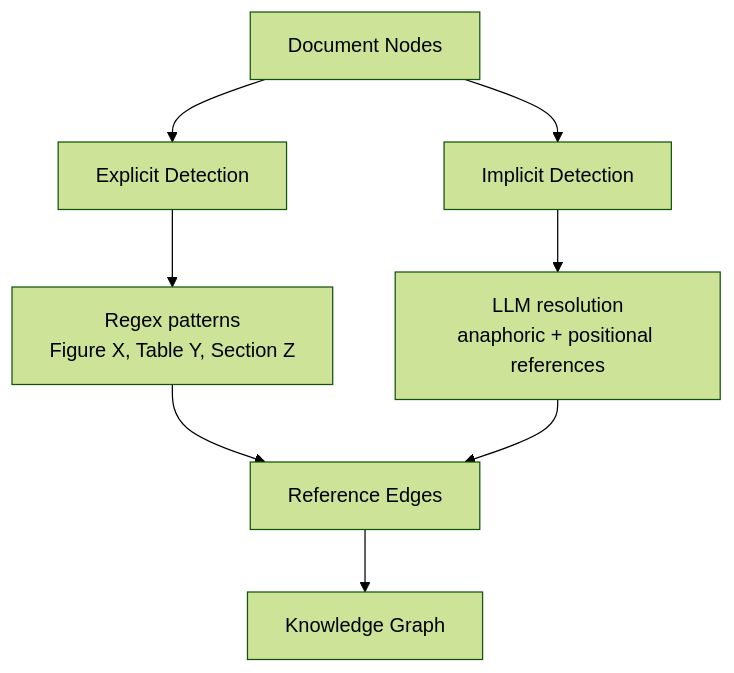
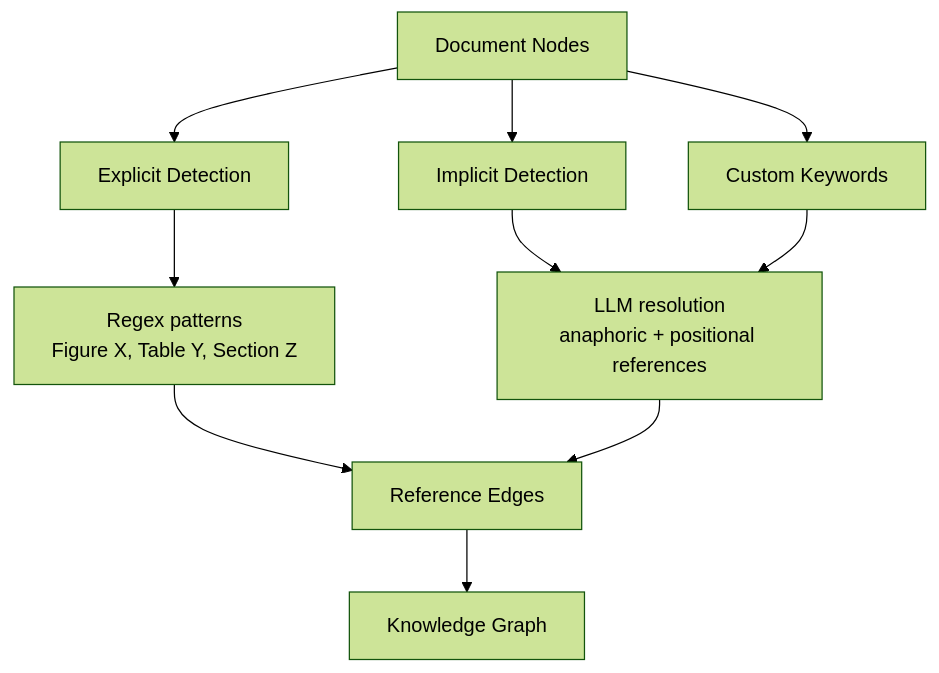
One commit to guy1998/glaucus changed the third of 5 diagrams in README.md. Above: the diagram before and after it, drawn with Mermaid (forest theme). The commit also changed other lines of this file and 4 other files, not shown here.

Commit message:
added the option for custom keywords for reference tracking

````diff
--- a/README.md
+++ b/README.md
@@ -57,9 +59,11 @@
 ```mermaid
 flowchart TD
     A[Document Nodes] --> B[Explicit Detection]
     A --> C[Implicit Detection]
+    A --> K[Custom Keywords]
     B --> D["Regex patterns\nFigure X, Table Y, Section Z"]
     C --> E["LLM resolution\nanaphoric + positional references"]
+    K --> E
     D & E --> F[Reference Edges]
     F --> G[Knowledge Graph]
 ```
````
